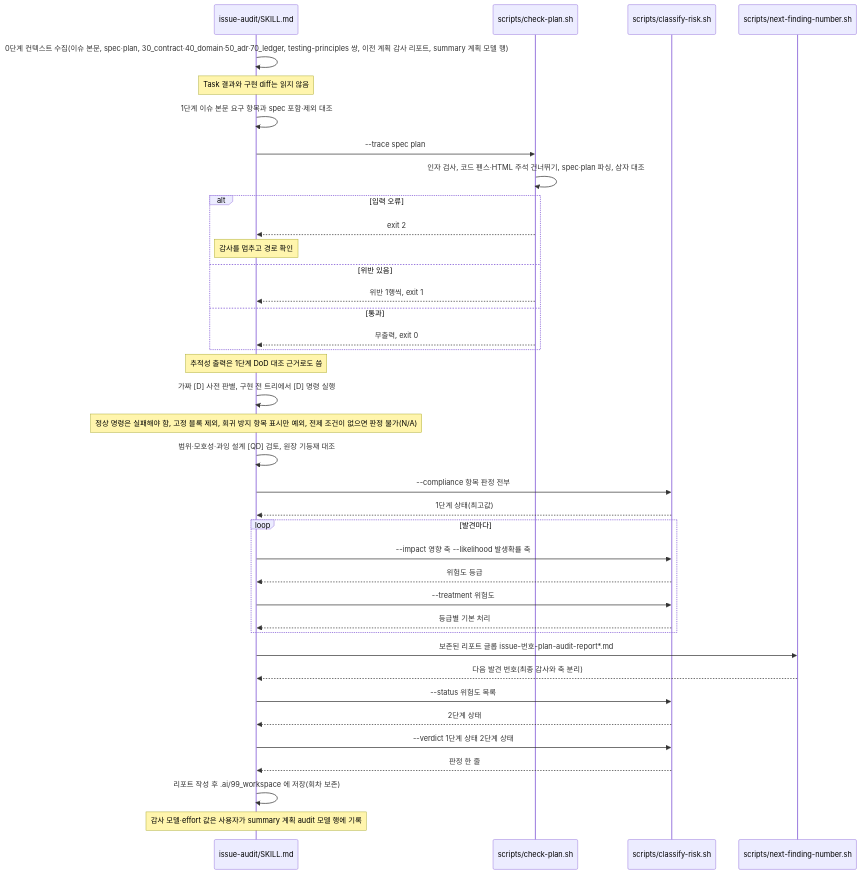
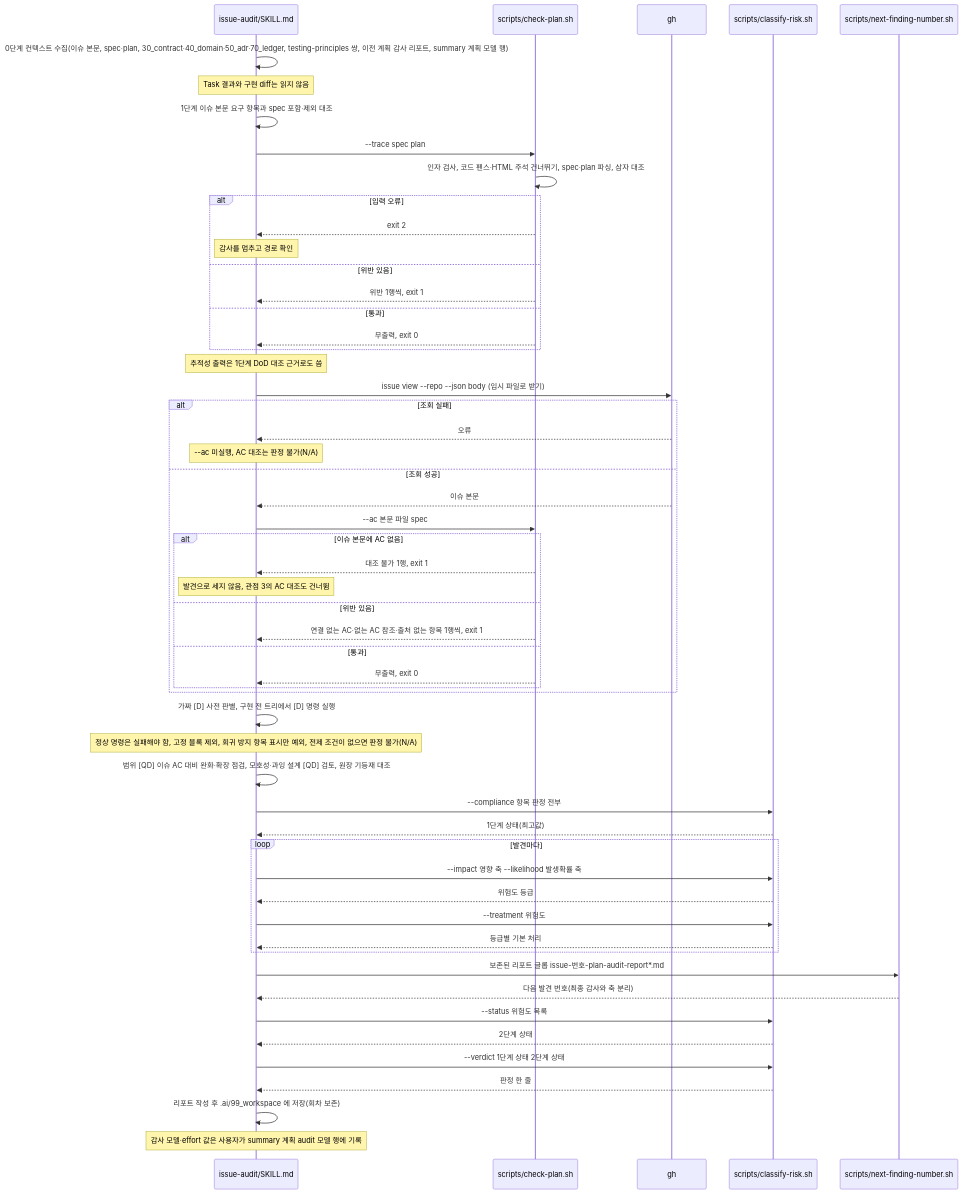
Before and after one commit to scroogy-dev/scroogy-agent-skills: the diagram in .ai/60_codebase/issue-audit/plan-audit-call-flow.md, drawn with Mermaid. The commit also changed other lines of this file and 4 other files, not shown here.

````diff
--- a/.ai/60_codebase/issue-audit/plan-audit-call-flow.md
+++ b/.ai/60_codebase/issue-audit/plan-audit-call-flow.md
@@ -43,41 +50,58 @@
 ```mermaid
 sequenceDiagram
     participant SK as issue-audit/SKILL.md
     participant CP as scripts/check-plan.sh
+    participant GH as gh
     participant CR as scripts/classify-risk.sh
     participant NF as scripts/next-finding-number.sh
 
     SK->>SK: 0단계 컨텍스트 수집(이슈 본문, spec·plan, 30_contract·40_domain·50_adr·70_ledger, testing-principles 쌍, 이전 계획 감사 리포트, summary 계획 모델 행)
     Note over SK: Task 결과와 구현 diff는 읽지 않음
     SK->>SK: 1단계 이슈 본문 요구 항목과 spec 포함·제외 대조
     SK->>CP: --trace spec plan
     CP->>CP: 인자 검사, 코드 펜스·HTML 주석 건너뛰기, spec·plan 파싱, 삼자 대조
     alt 입력 오류
         CP-->>SK: exit 2
         Note over SK: 감사를 멈추고 경로 확인
     else 위반 있음
         CP-->>SK: 위반 1행씩, exit 1
     else 통과
         CP-->>SK: 무출력, exit 0
     end
     Note over SK: 추적성 출력은 1단계 DoD 대조 근거로도 씀
+    SK->>GH: issue view --repo --json body (임시 파일로 받기)
+    alt 조회 실패
+        GH-->>SK: 오류
+        Note over SK: --ac 미실행, AC 대조는 판정 불가(N/A)
+    else 조회 성공
+        GH-->>SK: 이슈 본문
+        SK->>CP: --ac 본문 파일 spec
+        alt 이슈 본문에 AC 없음
+            CP-->>SK: 대조 불가 1행, exit 1
+            Note over SK: 발견으로 세지 않음, 관점 3의 AC 대조도 건너뜀
+        else 위반 있음
+            CP-->>SK: 연결 없는 AC·없는 AC 참조·출처 없는 항목 1행씩, exit 1
+        else 통과
+            CP-->>SK: 무출력, exit 0
+        end
+    end
     SK->>SK: 가짜 [D] 사전 판별, 구현 전 트리에서 [D] 명령 실행
     Note over SK: 정상 명령은 실패해야 함, 고정 블록 제외, 회귀 방지 항목 표시만 예외, 전제 조건이 없으면 판정 불가(N/A)
-    SK->>SK: 범위·모호성·과잉 설계 [QD] 검토, 원장 기등재 대조
+    SK->>SK: 범위 [QD] 이슈 AC 대비 완화·확장 점검, 모호성·과잉 설계 [QD] 검토, 원장 기등재 대조
     SK->>CR: --compliance 항목 판정 전부
     CR-->>SK: 1단계 상태(최고값)
     loop 발견마다
         SK->>CR: --impact 영향 축 --likelihood 발생확률 축
         CR-->>SK: 위험도 등급
         SK->>CR: --treatment 위험도
         CR-->>SK: 등급별 기본 처리
     end
     SK->>NF: 보존된 리포트 글롭 issue-번호-plan-audit-report*.md
     NF-->>SK: 다음 발견 번호(최종 감사와 축 분리)
     SK->>CR: --status 위험도 목록
     CR-->>SK: 2단계 상태
     SK->>CR: --verdict 1단계 상태 2단계 상태
     CR-->>SK: 판정 한 줄
     SK->>SK: 리포트 작성 후 .ai/99_workspace 에 저장(회차 보존)
     Note over SK: 감사 모델·effort 값은 사용자가 summary 계획 audit 모델 행에 기록
 ```
````
